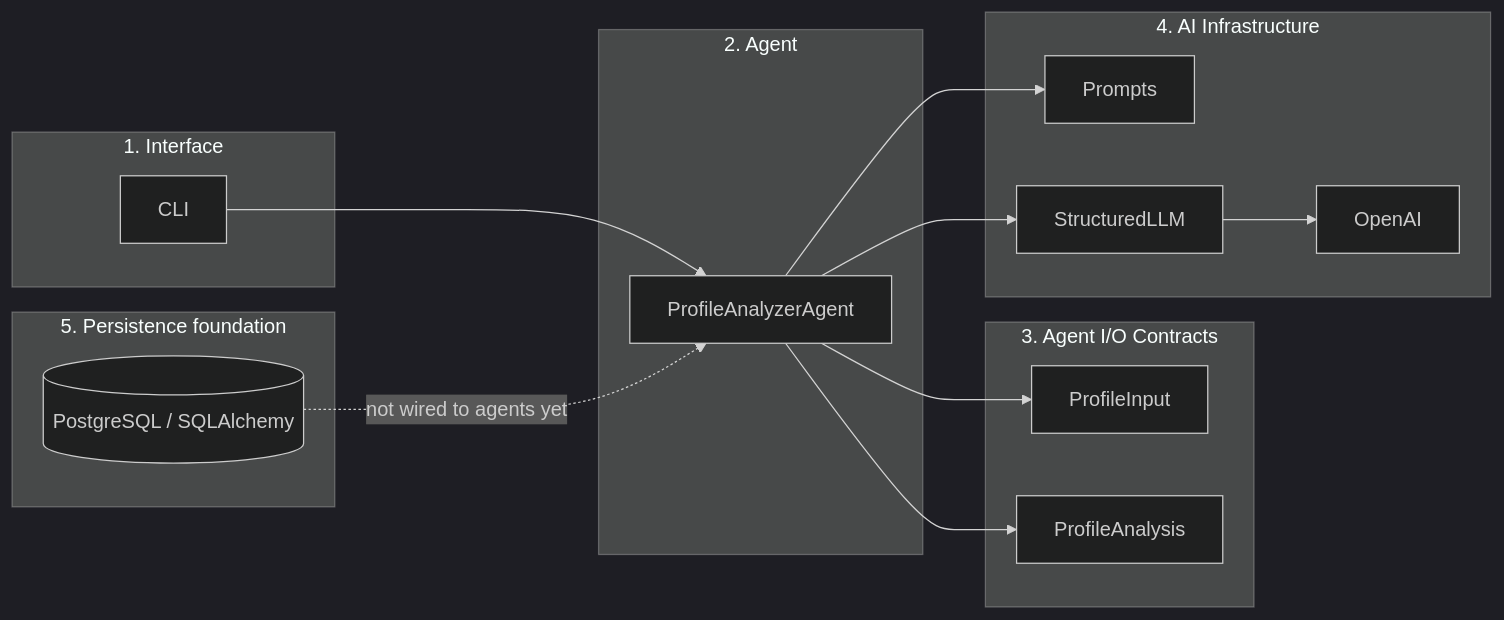
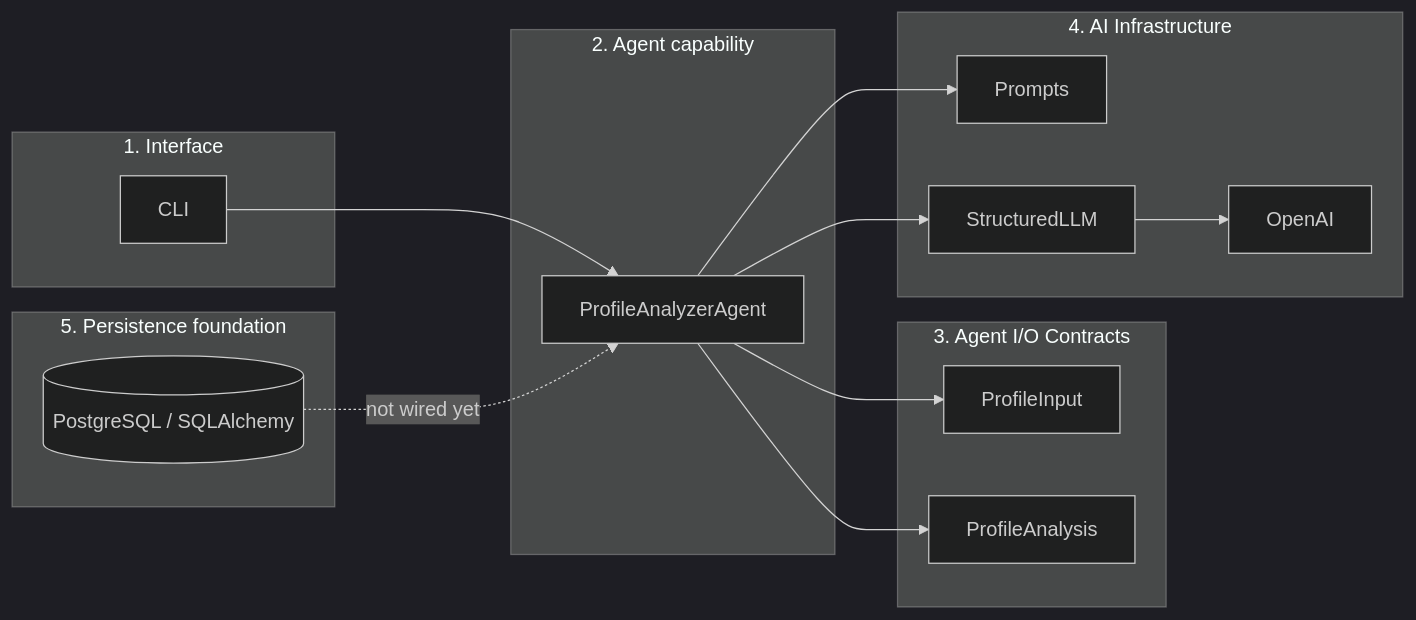
Before and after one commit to shira-ozana/career-ai: the seventh of 8 diagrams in docs/architecture/overview.md, drawn with Mermaid (dark theme). The commit also changed other lines of this file and 16 other files, not shown here.

Commit message:
Align architecture docs with modular-monolith and catalog-first Job Search decisions.

````diff
--- a/docs/architecture/overview.md
+++ b/docs/architecture/overview.md
@@ -179,33 +390,33 @@
 ```mermaid
 flowchart LR
     subgraph L1["1. Interface"]
         CLI[CLI]
     end
 
-    subgraph L2["2. Agent"]
+    subgraph L2["2. Agent capability"]
         PA[ProfileAnalyzerAgent]
     end
 
     subgraph L3["3. Agent I/O Contracts"]
         PI[ProfileInput]
         PO[ProfileAnalysis]
     end
 
     subgraph L4["4. AI Infrastructure"]
         PR[Prompts]
         SL[StructuredLLM]
         OA[OpenAI]
     end
 
     subgraph L5["5. Persistence foundation"]
         DB[(PostgreSQL / SQLAlchemy)]
     end
 
     CLI --> PA
     PA --> PI
     PA --> PO
     PA --> PR
     PA --> SL
     SL --> OA
-    DB -.->|not wired to agents yet| PA
+    DB -.->|not wired yet| PA
 ```
````
